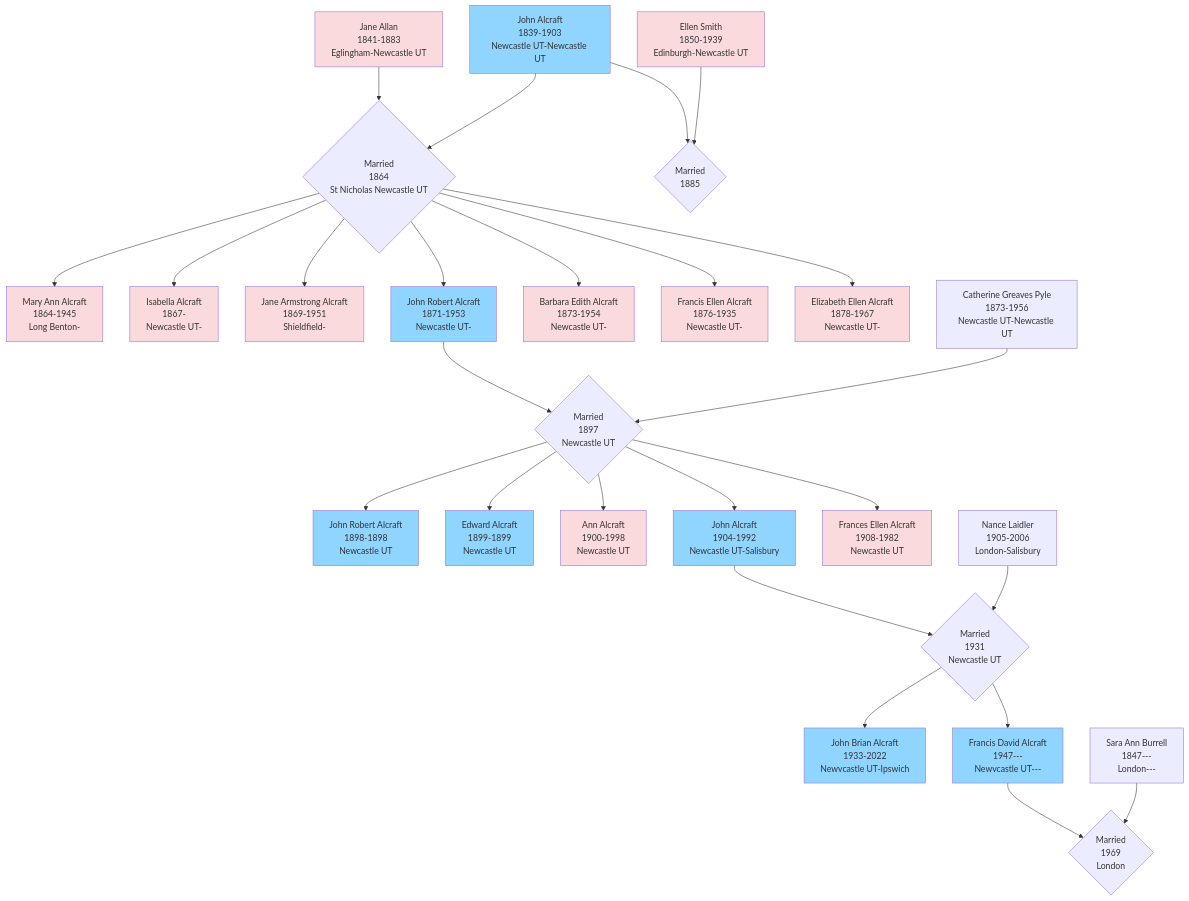
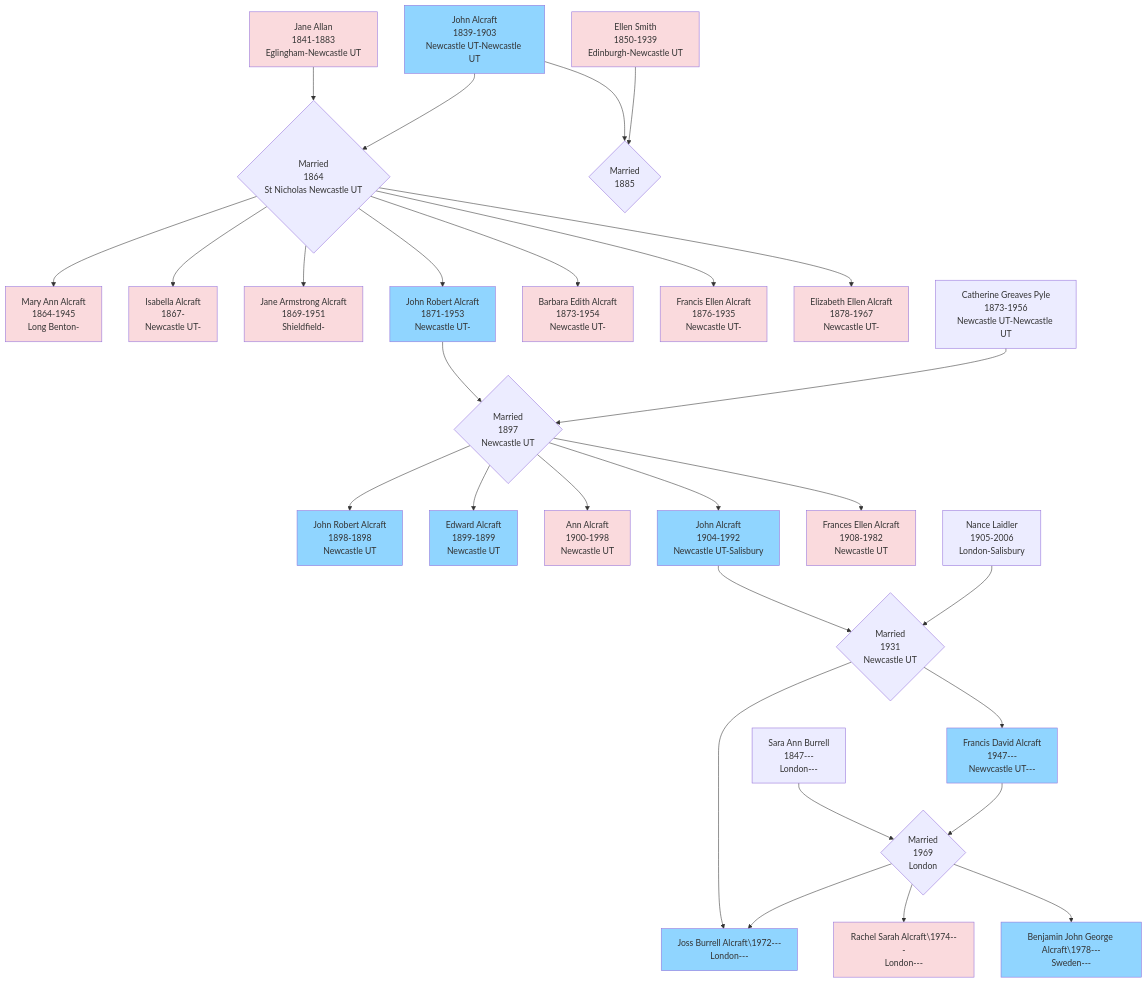
The diagram in docs/index.md (RachelAlcraft/family-tree), drawn with Mermaid before and after one commit.

````diff
--- a/docs/index.md
+++ b/docs/index.md
@@ -6,62 +6,68 @@
 ``` mermaid
 flowchart TD  
 JA1[John Alcraft\n1839-1903\nNewcastle UT-Newcastle UT] --> JAJA{Married\n1864\nSt Nicholas Newcastle UT};
 style JA1 fill:#90d5ff
 click JA1 "jones" "JA1"
 JA2[Jane Allan\n1841-1883\nEglingham-Newcastle UT] --> JAJA;
 style JA2 fill:#FADADD
 click JA2 "jones" "JA2"
 ES[Ellen Smith\n1850-1939\nEdinburgh-Newcastle UT] --> JAES{Married\n1885};
 JA1 --> JAES
 JAJA -->MAA[Mary Ann Alcraft\n1864-1945\nLong Benton-];
 JAJA -->IA[Isabella Alcraft\n1867-\nNewcastle UT-];
 JAJA -->JAA[Jane Armstrong Alcraft\n1869-1951\nShieldfield-];
 JAJA -->JRA[John Robert Alcraft\n1871-1953\nNewcastle UT-];
 JAJA -->BEA[Barbara Edith Alcraft\n1873-1954\nNewcastle UT-];
 JAJA -->FEA[Francis Ellen Alcraft\n1876-1935\nNewcastle UT-];
 JAJA -->EEA[Elizabeth Ellen Alcraft\n1878-1967\nNewcastle UT-];
 
 JRA --> JRACGP{Married\n1897\nNewcastle UT};
 style JRA fill:#90d5ff
 CGP[Catherine Greaves Pyle\n1873-1956\nNewcastle UT-Newcastle UT];
 CGP --> JRACGP;
 JRACGP --> JRA2[John Robert Alcraft\n1898-1898\nNewcastle UT];
 style JRA2 fill:#90d5ff
 JRACGP --> EA[Edward Alcraft\n1899-1899\nNewcastle UT];
 style EA fill:#90d5ff
 JRACGP --> AA[Ann Alcraft\n1900-1998\nNewcastle UT];
 style AA fill:#FADADD
 JRACGP --> JA3[John Alcraft\n1904-1992\nNewcastle UT-Salisbury];
 style JA3 fill:#90d5ff
 JRACGP --> FEA2[Frances Ellen Alcraft\n1908-1982\nNewcastle UT];
 style FEA2 fill:#FADADD
 
 JA3 --> JA3NL{Married\n1931\nNewcastle UT};
 NL[Nance Laidler\n1905-2006\nLondon-Salisbury];
 NL --> JA3NL;
 JBA[John Brian Alcraft\n1933-2022\nNewvcastle UT-Ipswich];
 style JBA fill:#90d5ff
 FDA[Francis David Alcraft\n1947---\nNewvcastle UT---];
 style FDA fill:#90d5ff
 JA3NL --> JBA;
 JA3NL --> FDA;
 
 FDA --> FDASAB{Married\n1969\nLondon};
 SAB[Sara Ann Burrell\n1847---\nLondon---];
 SAB --> FDASAB;
+FDASAB -->JBA[Joss Burrell Alcraft\1972---\nLondon---];
+style JBA fill:#90d5ff
+FDASAB -->RSA[Rachel Sarah Alcraft\1974---\nLondon---];
+style RSA fill:#FADADD
+FDASAB -->BJGA[Benjamin John George Alcraft\1978---\nSweden---];
+style BJGA fill:#90d5ff
 
 
 
 
 
 style ES fill:#FADADD
 style MAA fill:#FADADD
 style IA fill:#FADADD
 style JAA fill:#FADADD
 style BEA fill:#FADADD
 style FEA fill:#FADADD
 style EEA fill:#FADADD
 
 
 
 ```
````
